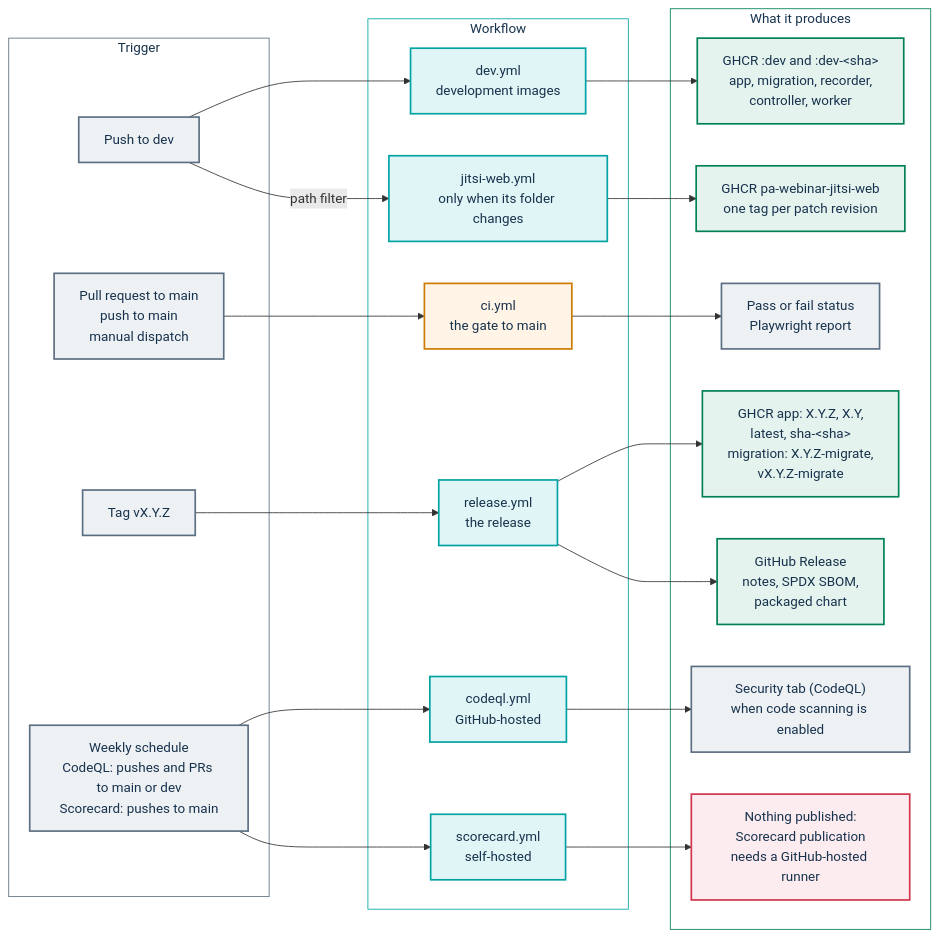
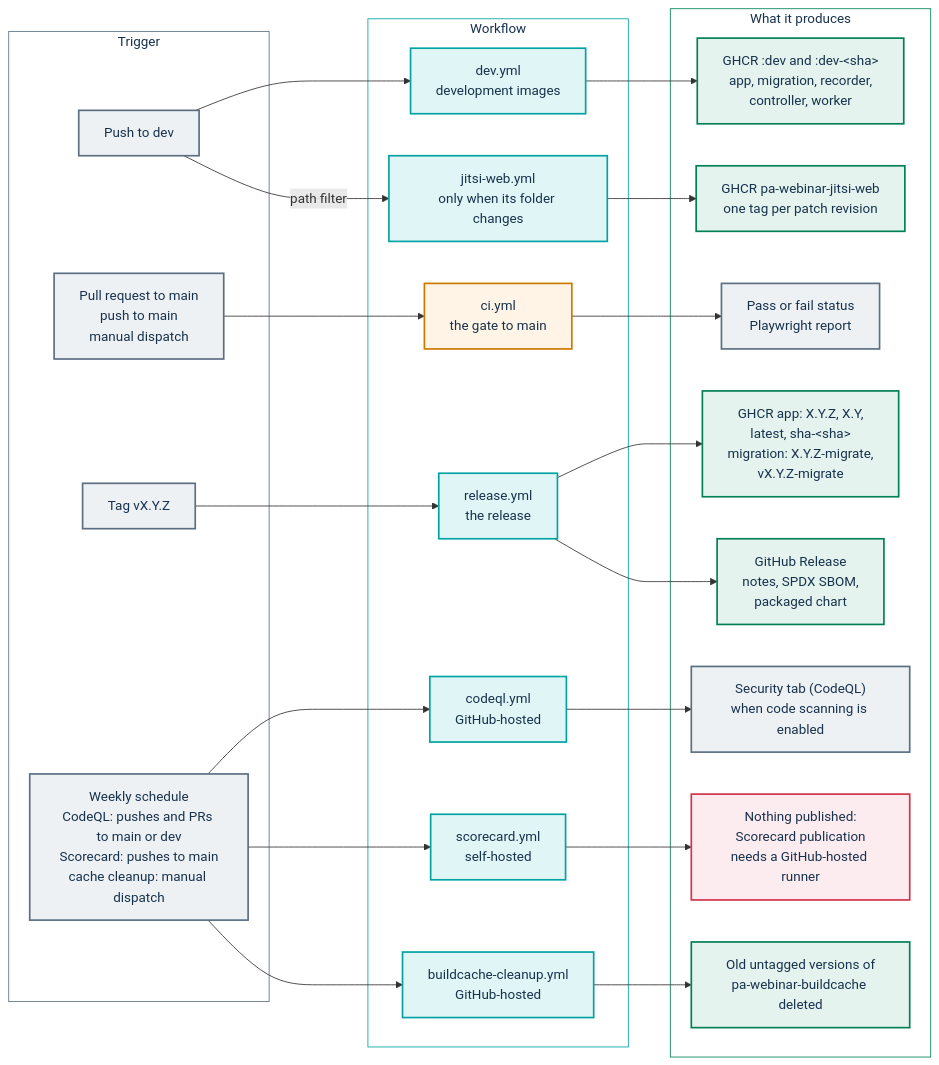
Before and after one commit to italia/pa-webinar: the first of 3 diagrams in docs/development/ci-and-release.md, drawn with Mermaid. The commit also changed other lines of this file and 3 other files, not shown here.

````diff
--- a/docs/development/ci-and-release.md
+++ b/docs/development/ci-and-release.md
@@ -25,51 +25,55 @@
 ```mermaid
 flowchart LR
   subgraph events["Trigger"]
     pushdev["Push to dev"]:::ext
     toMain["Pull request to main<br/>push to main<br/>manual dispatch"]:::ext
     tag["Tag vX.Y.Z"]:::ext
-    weekly["Weekly schedule<br/>CodeQL: pushes and PRs to main or dev<br/>Scorecard: pushes to main"]:::ext
+    weekly["Weekly schedule<br/>CodeQL: pushes and PRs to main or dev<br/>Scorecard: pushes to main<br/>cache cleanup: manual dispatch"]:::ext
   end
 
   subgraph workflows["Workflow"]
     dev["dev.yml<br/>development images"]:::job
     jweb["jitsi-web.yml<br/>only when its folder changes"]:::job
     ci["ci.yml<br/>the gate to main"]:::gate
     rel["release.yml<br/>the release"]:::job
     codeql["codeql.yml<br/>GitHub-hosted"]:::job
     score["scorecard.yml<br/>self-hosted"]:::job
+    clean["buildcache-cleanup.yml<br/>GitHub-hosted"]:::job
   end
 
   subgraph outputs["What it produces"]
     devimg["GHCR :dev and :dev-&lt;sha&gt;<br/>app, migration, recorder,<br/>controller, worker"]:::data
     webimg["GHCR pa-webinar-jitsi-web<br/>one tag per patch revision"]:::data
     checks["Pass or fail status<br/>Playwright report"]:::ext
     relimg["GHCR app: X.Y.Z, X.Y,<br/>latest, sha-&lt;sha&gt;<br/>migration: X.Y.Z-migrate,<br/>vX.Y.Z-migrate"]:::data
     ghrel["GitHub Release<br/>notes, SPDX SBOM,<br/>packaged chart"]:::data
     sec["Security tab (CodeQL)<br/>when code scanning is enabled"]:::ext
     nopub["Nothing published:<br/>Scorecard publication<br/>needs a GitHub-hosted runner"]:::warn
+    pruned["Old untagged versions of<br/>pa-webinar-buildcache deleted"]:::data
   end
 
   pushdev --> dev
   pushdev -->|"path filter"| jweb
   toMain --> ci
   tag --> rel
   weekly --> codeql
   weekly --> score
+  weekly --> clean
   dev --> devimg
   jweb --> webimg
   ci --> checks
   rel --> relimg
   rel --> ghrel
   codeql --> sec
   score --> nopub
+  clean --> pruned
 
   classDef ext fill:#EEF1F4,stroke:#5C6F82,color:#17324D,stroke-width:2px
   classDef job fill:#E0F5F5,stroke:#00A3A3,color:#17324D,stroke-width:2px
   classDef gate fill:#FFF4E5,stroke:#CC7A00,color:#17324D,stroke-width:2px
   classDef data fill:#E5F3EE,stroke:#008055,color:#17324D,stroke-width:2px
   classDef warn fill:#FDECEF,stroke:#D1344C,color:#17324D,stroke-width:2px
   style events fill:#FFFFFF,stroke:#5C6F82,color:#17324D
   style workflows fill:#FFFFFF,stroke:#00A3A3,color:#17324D
   style outputs fill:#FFFFFF,stroke:#008055,color:#17324D
 ```
````
